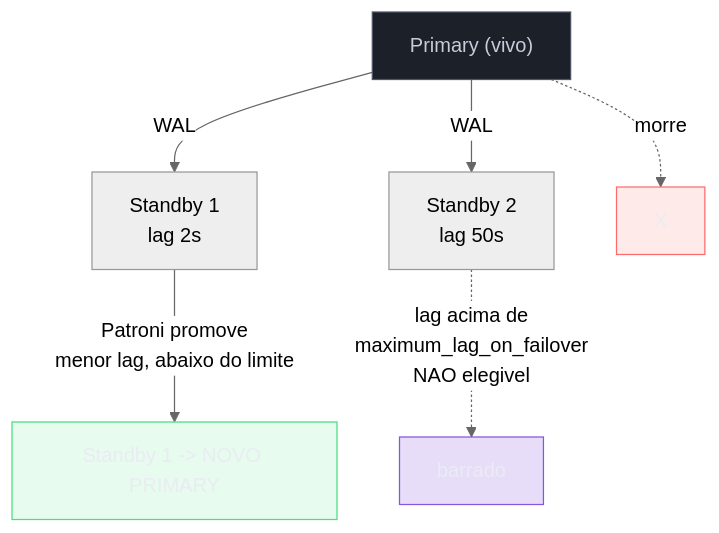
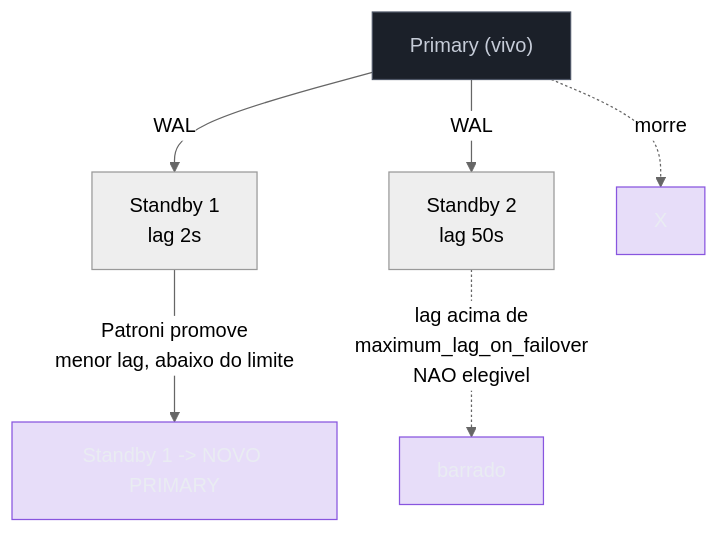
Before and after one commit to josenaldo/codex-technomanticus: the fourth of 5 diagrams in 03-Dominios/Ciência/Banco de Dados/15 - Operação em produção.md, drawn with Mermaid (neutral theme). The commit also changed other lines of this file and 601 other files, not shown here.

````diff
--- a/03-Dominios/Ciência/Banco de Dados/15 - Operação em produção.md
+++ b/03-Dominios/Ciência/Banco de Dados/15 - Operação em produção.md
@@ -207,16 +206,14 @@
 ```mermaid
 flowchart TD
     classDef neutro fill:#1B2029,stroke:#4E5666,color:#C6CCD8
-    classDef falha fill:#FF6B6B24,stroke:#FF6B6B,color:#E9ECF2
-    classDef ok fill:#4ADE8021,stroke:#4ADE80,color:#E9ECF2
     classDef marca fill:#8855DF33,stroke:#8855DF,color:#E9ECF2
     P["Primary (vivo)"] -->|WAL| S1["Standby 1<br/>lag 2s"]
     P -->|WAL| S2["Standby 2<br/>lag 50s"]
     P -. morre .-> X["X"]
     S1 -->|Patroni promove<br/>menor lag, abaixo do limite| NP["Standby 1 -> NOVO PRIMARY"]
     S2 -.->|lag acima de<br/>maximum_lag_on_failover<br/>NAO elegivel| BLOCK["barrado"]
     class P neutro
-    class X falha
-    class NP ok
+    class X marca
+    class NP marca
     class BLOCK marca
 ```
````
